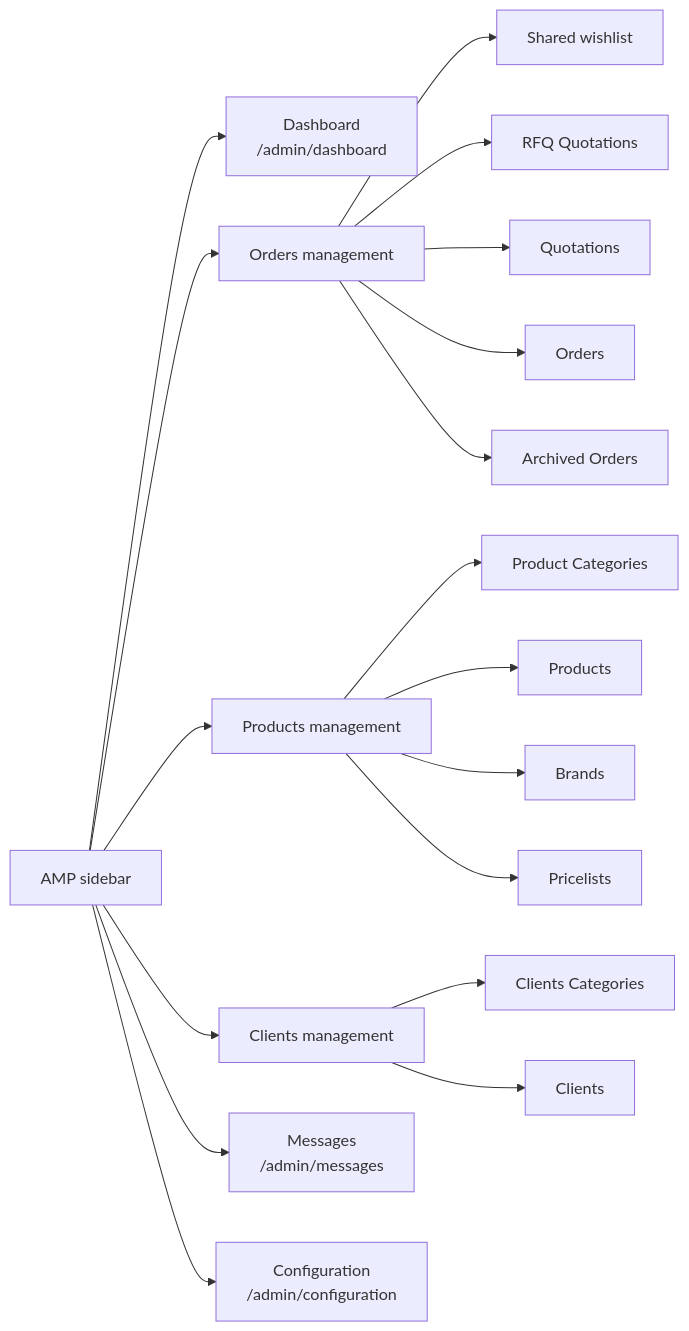
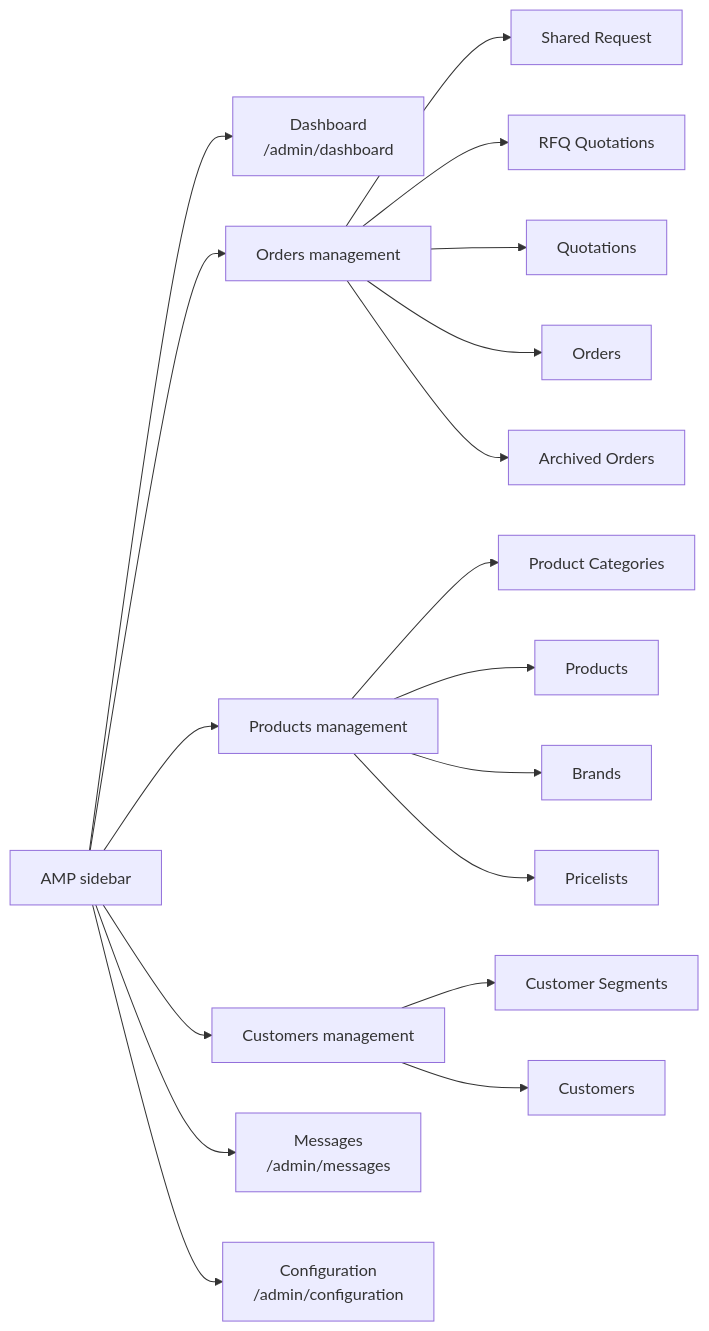
The third of 8 diagrams in docs/b2b_ecommerce_docs/_technical_docs/011-Navigation-and-User-Journeys.md (LaplaceSoftware/lp_projects_docs), drawn with Mermaid before and after one commit. The commit also changed other lines of this file and 48 other files, not shown here.

````diff
--- a/docs/b2b_ecommerce_docs/_technical_docs/011-Navigation-and-User-Journeys.md
+++ b/docs/b2b_ecommerce_docs/_technical_docs/011-Navigation-and-User-Journeys.md
@@ -78,23 +78,23 @@
 ```mermaid
 flowchart LR
     S["AMP sidebar"] --> D["Dashboard<br/>/admin/dashboard"]
     S --> OM["Orders management"]
     S --> PM["Products management"]
-    S --> CM["Clients management"]
+    S --> CM["Customers management"]
     S --> M["Messages<br/>/admin/messages"]
     S --> CF["Configuration<br/>/admin/configuration"]
 
-    OM --> O1["Shared wishlist"]
+    OM --> O1["Shared Request"]
     OM --> O2["RFQ Quotations"]
     OM --> O3["Quotations"]
     OM --> O4["Orders"]
     OM --> O5["Archived Orders"]
 
     PM --> P1["Product Categories"]
     PM --> P2["Products"]
     PM --> P3["Brands"]
     PM --> P4["Pricelists"]
 
-    CM --> C1["Clients Categories"]
-    CM --> C2["Clients"]
+    CM --> C1["Customer Segments"]
+    CM --> C2["Customers"]
 ```
````
